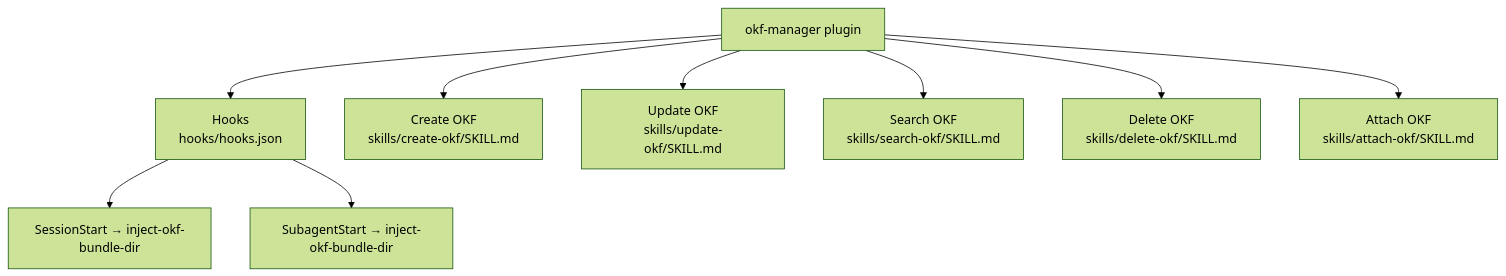
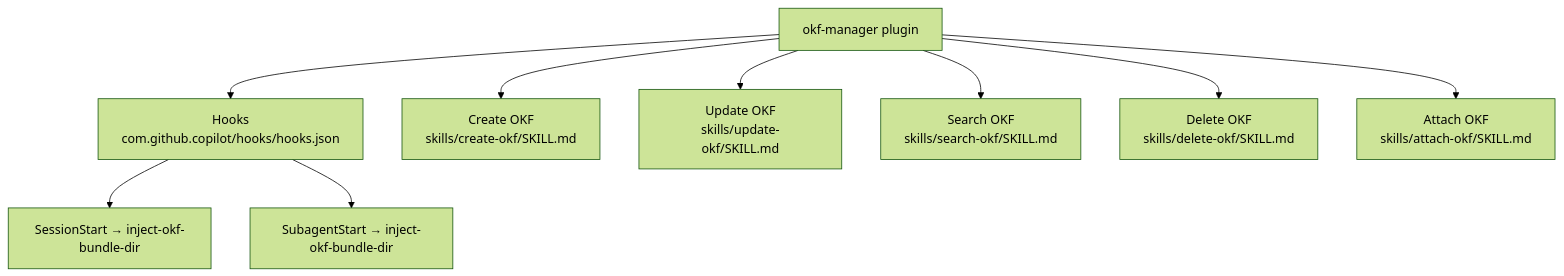
The diagram in plugins/okf-manager/README.md (dimpletz/prompts-collection), drawn with Mermaid (forest theme) before and after one commit. The commit also changed 147 other files, not shown here.

````diff
--- a/plugins/okf-manager/README.md
+++ b/plugins/okf-manager/README.md
@@ -41,12 +41,12 @@
 ```mermaid
 graph TD
     A[okf-manager plugin]
-    A --> H[Hooks<br/>hooks/hooks.json]
+    A --> H[Hooks<br/>com.github.copilot/hooks/hooks.json]
     H --> S1[SessionStart → inject-okf-bundle-dir]
     H --> S2[SubagentStart → inject-okf-bundle-dir]
     A --> B[Create OKF<br/>skills/create-okf/SKILL.md]
     A --> C[Update OKF<br/>skills/update-okf/SKILL.md]
     A --> D[Search OKF<br/>skills/search-okf/SKILL.md]
     A --> E[Delete OKF<br/>skills/delete-okf/SKILL.md]
     A --> F[Attach OKF<br/>skills/attach-okf/SKILL.md]
 ```
````
